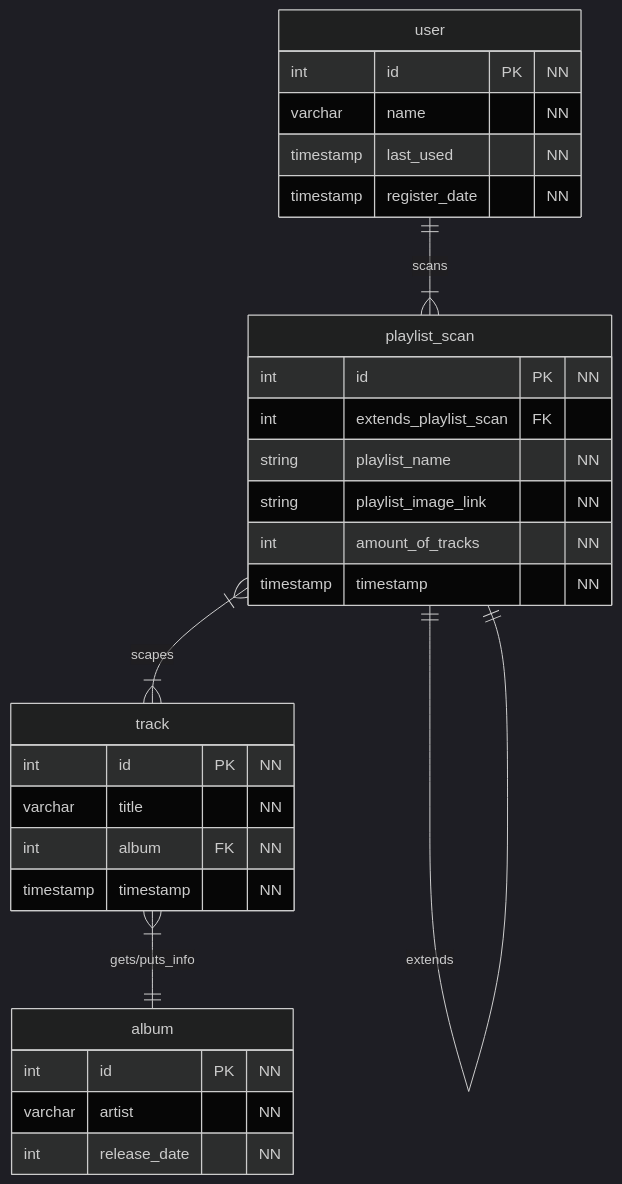
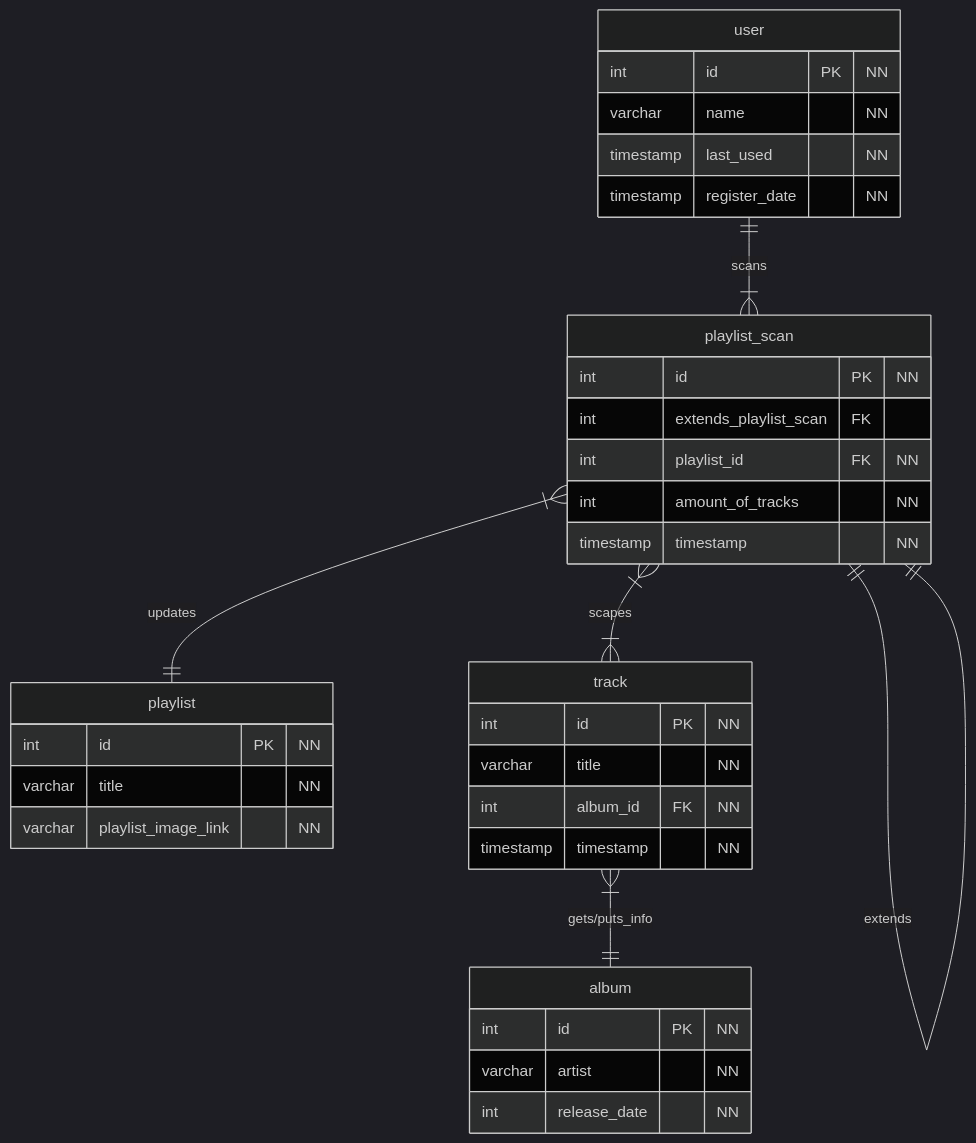
Before and after one commit to david-auk/Mixster: the diagram in README.md, drawn with Mermaid (dark theme).

````diff
--- a/README.md
+++ b/README.md
@@ -38,39 +38,45 @@
 ```mermaid
 erDiagram
     playlist_scan {
         int id PK "NN"
         int extends_playlist_scan FK
-        string playlist_name "NN"
-        string playlist_image_link "NN"
+        int playlist_id FK "NN"
         int amount_of_tracks "NN"
         timestamp timestamp "NN"
     }
+
+   playlist {
+      int id PK "NN"
+      varchar title "NN"
+      varchar playlist_image_link "NN"
+   }
     
     track {
         int id PK "NN"
         varchar title "NN"
-        int album FK "NN"
+        int album_id FK "NN"
         timestamp timestamp "NN"
     }
     
     album {
         int id PK "NN"
         varchar artist "NN"
         int release_date "NN"
     }
     
     user {
         int id PK "NN"
         varchar name "NN"
         timestamp last_used "NN"
         timestamp register_date "NN"
     }
     
     %% Relations
     
     user ||--|{ playlist_scan : "scans"
+    playlist_scan }|--|| playlist : "updates"
     playlist_scan }|--|{ track : "scapes"
     playlist_scan ||--|| playlist_scan : "extends"
     track }|--|| album : "gets/puts_info"
     
 ```
````
